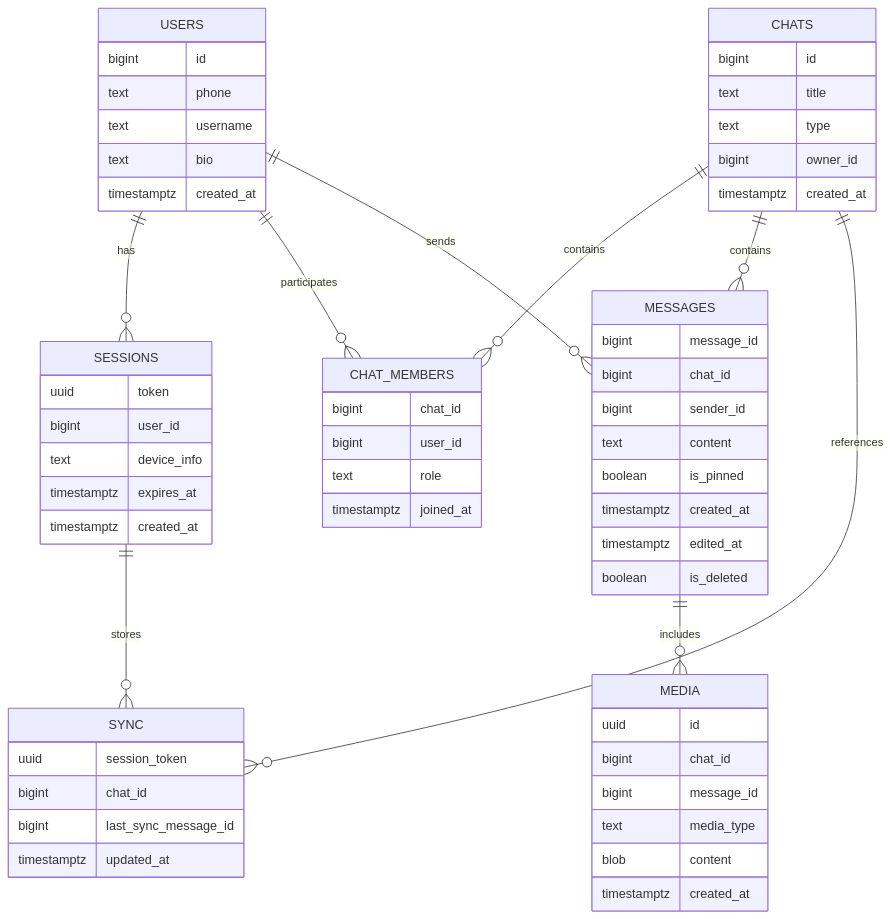
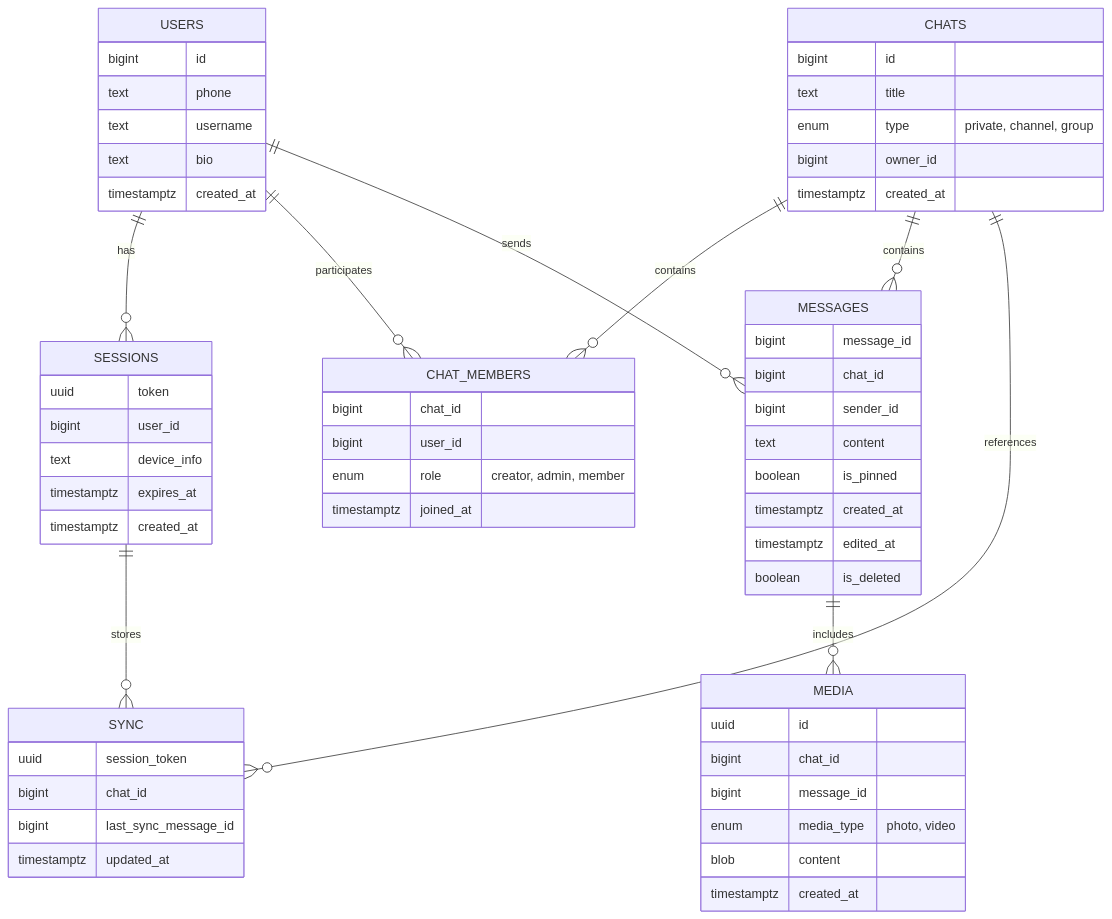
One commit to Liza05444/VK_Education_Highload changed the diagram in README.md. Above: the diagram before and after it, drawn with Mermaid. The commit also changed other lines of this file, not shown here.

````diff
--- a/README.md
+++ b/README.md
@@ -252,69 +252,69 @@
 ```mermaid
 erDiagram
     USERS {
         bigint id
         text phone
         text username
         text bio
         timestamptz created_at
     }
 
     SESSIONS {
         uuid token
         bigint user_id
         text device_info
         timestamptz expires_at
         timestamptz created_at
     }
 
     CHATS {
         bigint id
         text title
-        text type
+        enum type "private, channel, group"
         bigint owner_id
         timestamptz created_at
     }
 
     CHAT_MEMBERS {
         bigint chat_id
         bigint user_id
-        text role
+        enum role "creator, admin, member"
         timestamptz joined_at
     }
 
     MESSAGES {
         bigint message_id
         bigint chat_id
         bigint sender_id
         text content
         boolean is_pinned
         timestamptz created_at
         timestamptz edited_at
         boolean is_deleted
     }
 
     SYNC {
         uuid session_token
         bigint chat_id
         bigint last_sync_message_id
         timestamptz updated_at
     }
 
     MEDIA {
         uuid id
         bigint chat_id
         bigint message_id
-        text media_type
+        enum media_type "photo, video"
         blob content
         timestamptz created_at
     }
 
     USERS ||--o{ SESSIONS : has
     USERS ||--o{ CHAT_MEMBERS : participates
     CHATS ||--o{ CHAT_MEMBERS : contains
     CHATS ||--o{ MESSAGES : contains
     USERS ||--o{ MESSAGES : sends
     MESSAGES ||--o{ MEDIA : includes
     SESSIONS ||--o{ SYNC : stores
     CHATS ||--o{ SYNC : references
 ```
````
